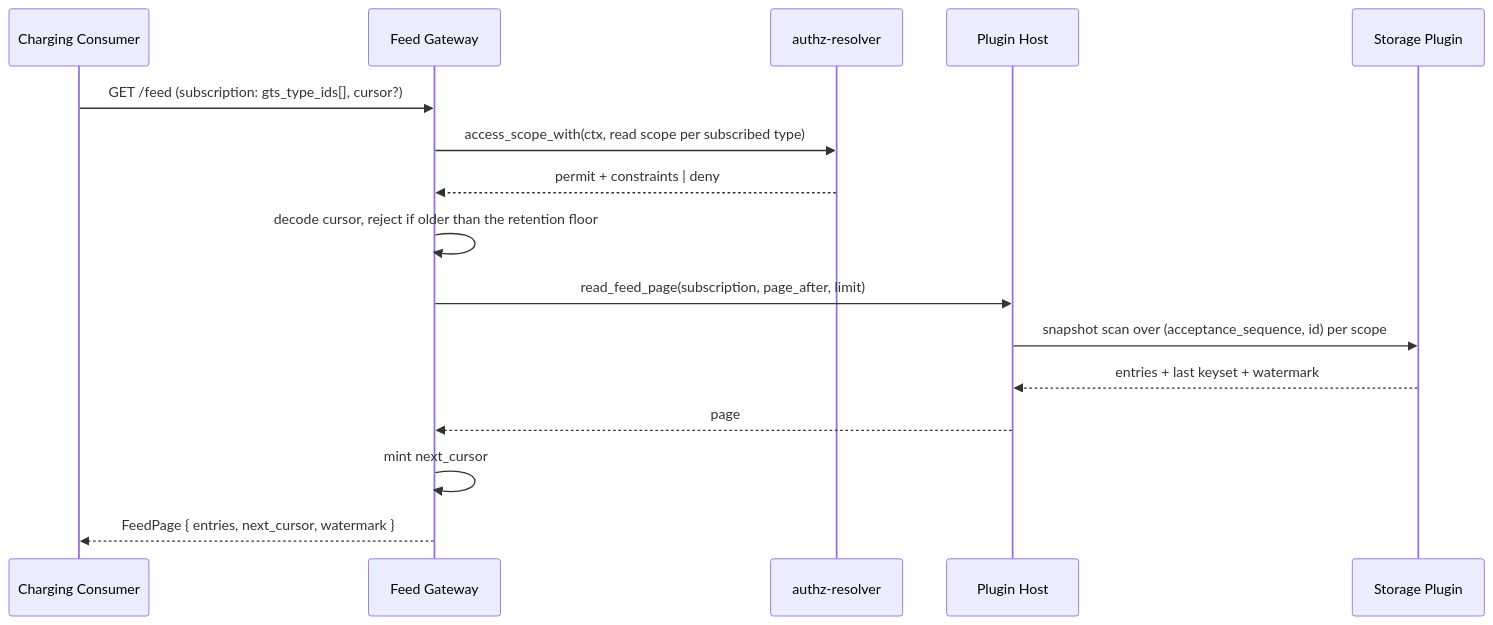
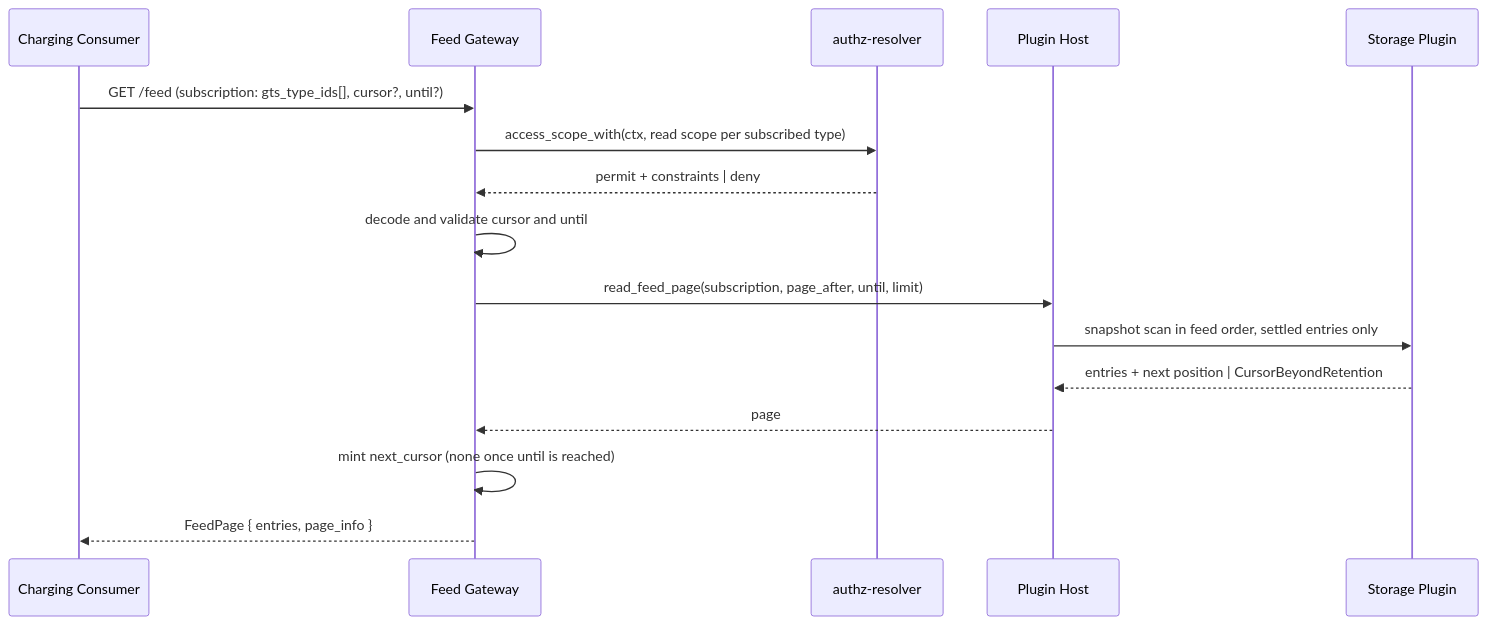
One commit to capybutler/gears-rust changed the seventh of 8 diagrams in gears/system/usage-collector/docs/DESIGN.md. Above: the diagram before and after it, drawn with Mermaid. The commit also changed other lines of this file and 9 other files, not shown here.

First line of the commit message:
docs(usage-collector)!: let the storage plugin own feed order

````diff
--- a/gears/system/usage-collector/docs/DESIGN.md
+++ b/gears/system/usage-collector/docs/DESIGN.md
@@ -1497,19 +1512,19 @@
 ```mermaid
 sequenceDiagram
     participant C as Charging Consumer
     participant FG as Feed Gateway
     participant PDP as authz-resolver
     participant PH as Plugin Host
     participant P as Storage Plugin
 
-    C->>FG: GET /feed (subscription: gts_type_ids[], cursor?)
+    C->>FG: GET /feed (subscription: gts_type_ids[], cursor?, until?)
     FG->>PDP: access_scope_with(ctx, read scope per subscribed type)
     PDP-->>FG: permit + constraints | deny
-    FG->>FG: decode cursor, reject if older than the retention floor
-    FG->>PH: read_feed_page(subscription, page_after, limit)
-    PH->>P: snapshot scan over (acceptance_sequence, id) per scope
-    P-->>PH: entries + last keyset + watermark
+    FG->>FG: decode and validate cursor and until
+    FG->>PH: read_feed_page(subscription, page_after, until, limit)
+    PH->>P: snapshot scan in feed order, settled entries only
+    P-->>PH: entries + next position | CursorBeyondRetention
     PH-->>FG: page
-    FG->>FG: mint next_cursor
-    FG-->>C: FeedPage { entries, next_cursor, watermark }
+    FG->>FG: mint next_cursor (none once until is reached)
+    FG-->>C: FeedPage { entries, page_info }
 ```
````
